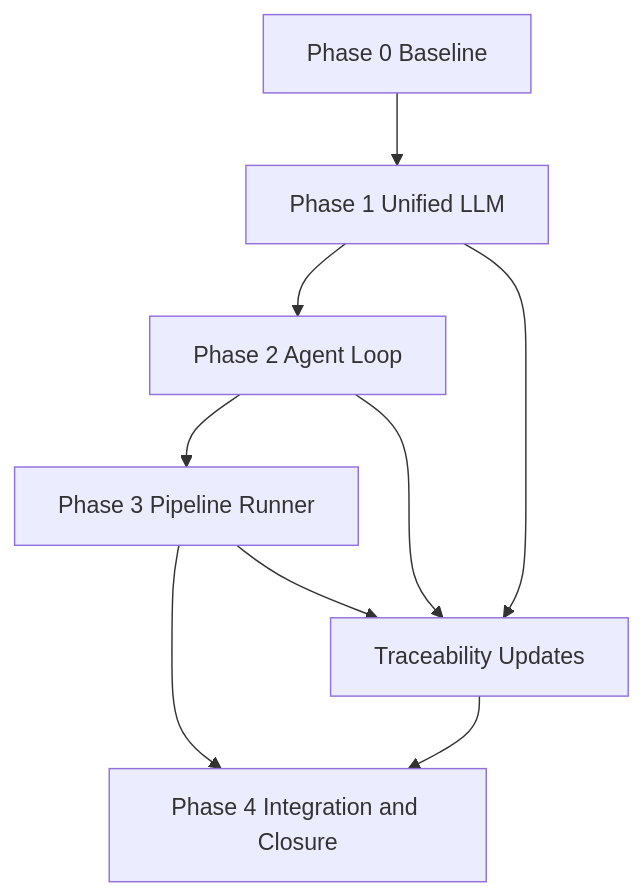
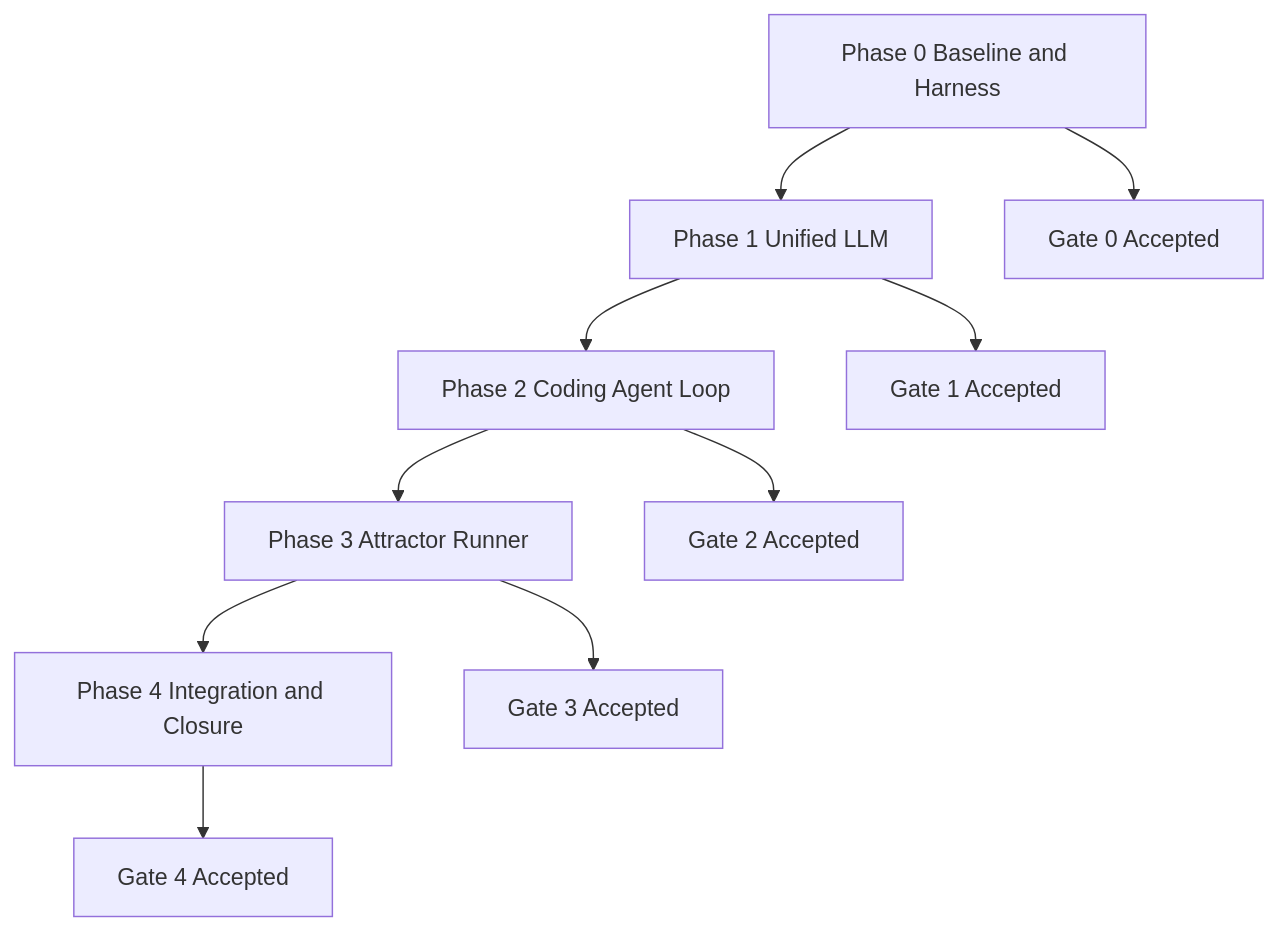
Before and after one commit to jaytaylor/attractor-php: the third of 5 diagrams in docs/sprints/SPRINT-001-implementation-plan.md, drawn with Mermaid. The commit also changed other lines of this file and 1 other file, not shown here.

````diff
--- a/docs/sprints/SPRINT-001-implementation-plan.md
+++ b/docs/sprints/SPRINT-001-implementation-plan.md
@@ -440,11 +645,13 @@
 ```mermaid
 flowchart TD
-  P0[Phase 0 Baseline] --> P1[Phase 1 Unified LLM]
-  P1 --> P2[Phase 2 Agent Loop]
-  P2 --> P3[Phase 3 Pipeline Runner]
+  P0[Phase 0 Baseline and Harness] --> P1[Phase 1 Unified LLM]
+  P1 --> P2[Phase 2 Coding Agent Loop]
+  P2 --> P3[Phase 3 Attractor Runner]
   P3 --> P4[Phase 4 Integration and Closure]
-  P1 --> T[Traceability Updates]
-  P2 --> T
-  P3 --> T
-  T --> P4
+
+  P0 --> G0[Gate 0 Accepted]
+  P1 --> G1[Gate 1 Accepted]
+  P2 --> G2[Gate 2 Accepted]
+  P3 --> G3[Gate 3 Accepted]
+  P4 --> G4[Gate 4 Accepted]
 ```
````
